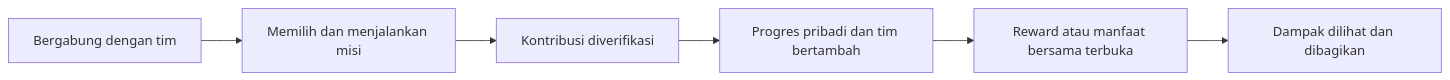
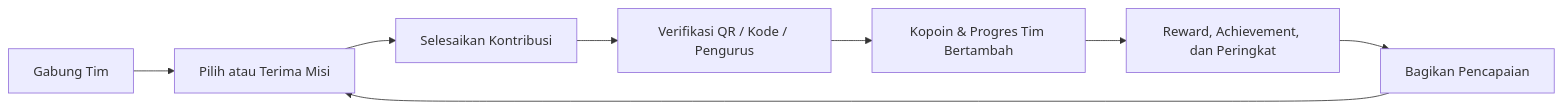
Before and after one commit to GabrielBatavia/KoPoin-MechaMinds: the first of 3 diagrams in README.md, drawn with Mermaid. The commit also changed other lines of this file and 6 other files, not shown here.

````diff
--- a/README.md
+++ b/README.md
@@ -30,8 +119,10 @@
 ```mermaid
 flowchart LR
-    A[Bergabung dengan tim] --> B[Memilih dan menjalankan misi]
-    B --> C[Kontribusi diverifikasi]
-    C --> D[Progres pribadi dan tim bertambah]
-    D --> E[Reward atau manfaat bersama terbuka]
-    E --> F[Dampak dilihat dan dibagikan]
+    A[Gabung Tim] --> B[Pilih atau Terima Misi]
+    B --> C[Selesaikan Kontribusi]
+    C --> D[Verifikasi QR / Kode / Pengurus]
+    D --> E[Kopoin & Progres Tim Bertambah]
+    E --> F[Reward, Achievement, dan Peringkat]
+    F --> G[Bagikan Pencapaian]
+    G --> B
 ```
````
